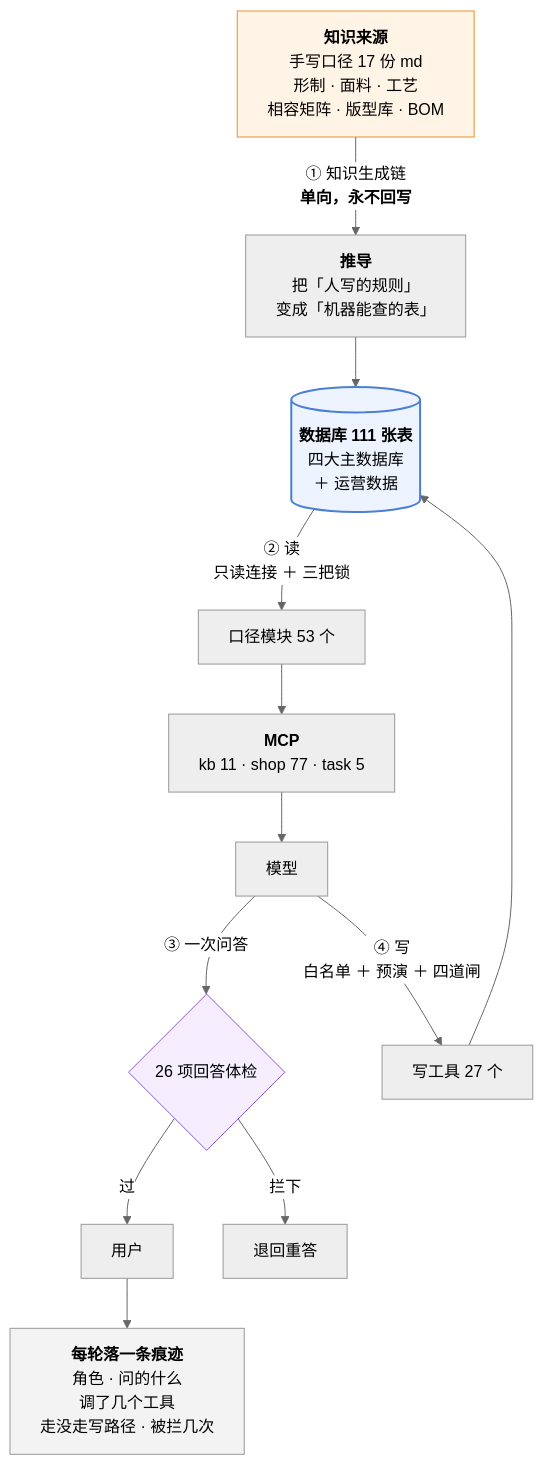
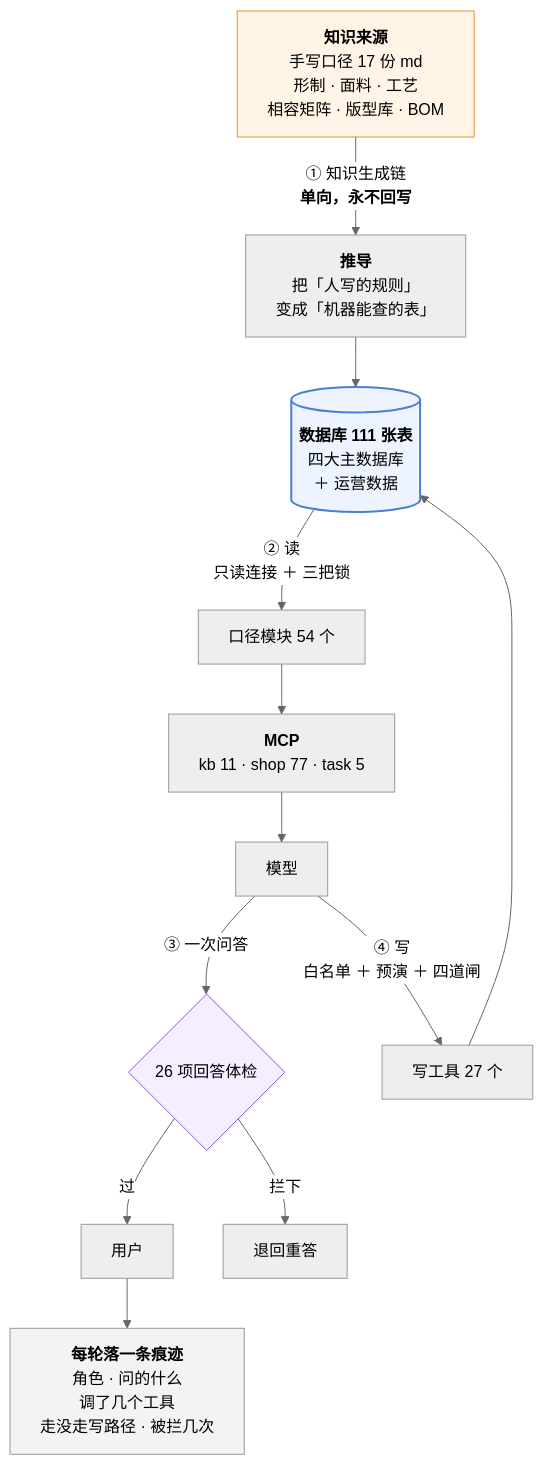
The third of 3 diagrams in 澜绣云裳agent-产品说明.md (843773296-rgb/lanxiu-yunshang-agent), drawn with Mermaid (neutral theme) before and after one commit. The commit also changed other lines of this file and 3 other files, not shown here.

First line of the commit message:
口径模块 53 → 54:回测口径那份也被工具层真调,架构图里的数要跟着代码走

````diff
--- a/澜绣云裳agent-产品说明.md
+++ b/澜绣云裳agent-产品说明.md
@@ -969,24 +969,24 @@
 ```mermaid
 flowchart TD
     MD["<b>知识来源</b><br/>手写口径 17 份 md<br/>形制 · 面料 · 工艺<br/>相容矩阵 · 版型库 · BOM"]
     MD -->|"① 知识生成链<br/><b>单向，永不回写</b>"| DV["<b>推导</b><br/>把「人写的规则」<br/>变成「机器能查的表」"]
     DV --> DB[("<b>数据库 111 张表</b><br/>四大主数据库<br/>＋ 运营数据")]
 
-    DB -->|"② 读<br/>只读连接 ＋ 三把锁"| KJ["口径模块 53 个"]
+    DB -->|"② 读<br/>只读连接 ＋ 三把锁"| KJ["口径模块 54 个"]
     KJ --> MCP["<b>MCP</b><br/>kb 11 · shop 77 · task 5"]
     MCP --> LLM["模型"]
 
     LLM -->|"③ 一次问答"| GD{"26 项回答体检"}
     GD -- 过 --> U["用户"]
     GD -- 拦下 --> RE["退回重答"]
 
     LLM -->|"④ 写<br/>白名单 ＋ 预演 ＋ 四道闸"| W["写工具 27 个"]
     W --> DB
 
     U --> TR["<b>每轮落一条痕迹</b><br/>角色 · 问的什么<br/>调了几个工具<br/>走没走写路径 · 被拦几次"]
 
     style MD fill:#fff4e6,stroke:#e8912d
     style DB fill:#eef4ff,stroke:#4a7fd4,stroke-width:2px
     style GD fill:#f6eeff,stroke:#8b5cd6
     style TR fill:#f3f3f3,stroke:#999
 ```
````
